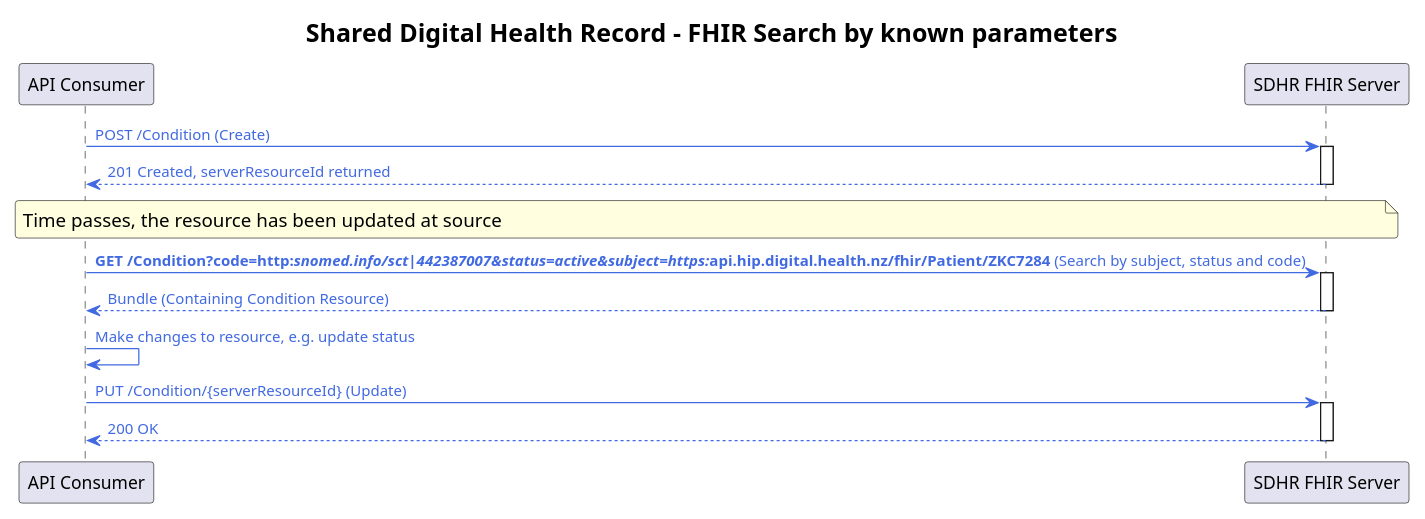
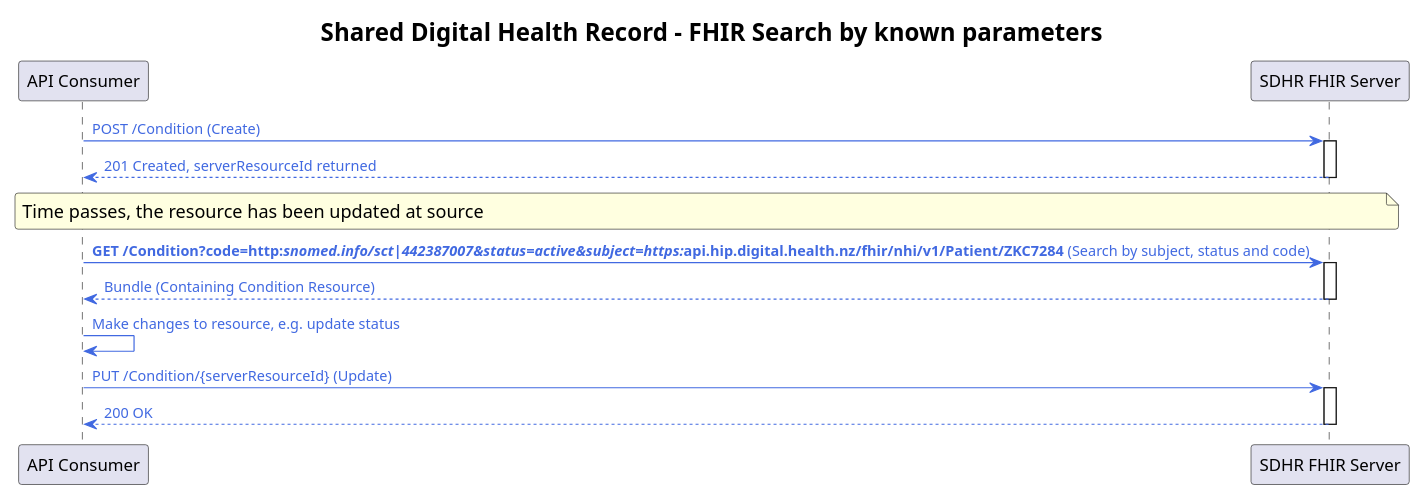
The diagram in input/images-source/search-by-parameters.plantuml (tewhatuora/fhir-sdhr), drawn with PlantUML before and after one commit. The commit also changed 31 other files, not shown here.

```diff
--- a/input/images-source/search-by-parameters.plantuml
+++ b/input/images-source/search-by-parameters.plantuml
@@ -1,51 +1,51 @@
 @startuml
 
 skinparam dpi 100 
 scale max 300 width
 
 skinparam ActivityDiamondBackgroundColor #RoyalBlue
 skinparam ArrowColor #RoyalBlue   
 skinparam ArrowFontColor #RoyalBlue   
 skinparam ArrowFontSize 12
 skinparam ArrowMessageAlignment right
 skinparam BoxPadding 10
 skinparam ClassFontSize 16
 skinparam ClassFontStyle bold
 skinparam ClassStereotypeFontSize 16
 skinparam dpi 300
 skinparam FooterFontSize 14
 skinparam FooterFontStyle italic
 skinparam LegendBackgroundColor #Snow
 skinparam LegendFontName Helvetica
 skinparam LegendFontSize 16
 skinparam linetype ortho
 skinparam nodesep 70
 skinparam NoteBackgroundColor #LightYellow
 skinparam NoteFontSize 15
 skinparam NoteTextAlignment left
 skinparam ranksep 60
 skinparam roundcorner 5
 skinparam TitleFontSize 20
 
 title "Shared Digital Health Record - FHIR Search by known parameters"
 participant "API Consumer" as Client
 participant "SDHR FHIR Server" as Server
 
 Client -> Server: POST /Condition (Create)
 activate Server
 Server --> Client: 201 Created, serverResourceId returned
 deactivate Server
 
 note over Client, Server: Time passes, the resource has been updated at source
 
-Client -> Server: **GET /Condition?code=http://snomed.info/sct|442387007&status=active&subject=https://api.hip.digital.health.nz/fhir/Patient/ZKC7284** (Search by subject, status and code)
+Client -> Server: **GET /Condition?code=http://snomed.info/sct|442387007&status=active&subject=https://api.hip.digital.health.nz/fhir/nhi/v1/Patient/ZKC7284** (Search by subject, status and code)
 activate Server
 Server --> Client: Bundle (Containing Condition Resource)
 deactivate Server
 Client -> Client: Make changes to resource, e.g. update status
 Client -> Server: PUT /Condition/{serverResourceId} (Update)
 activate Server
 Server --> Client: 200 OK
 deactivate Server
 
 @enduml
```
